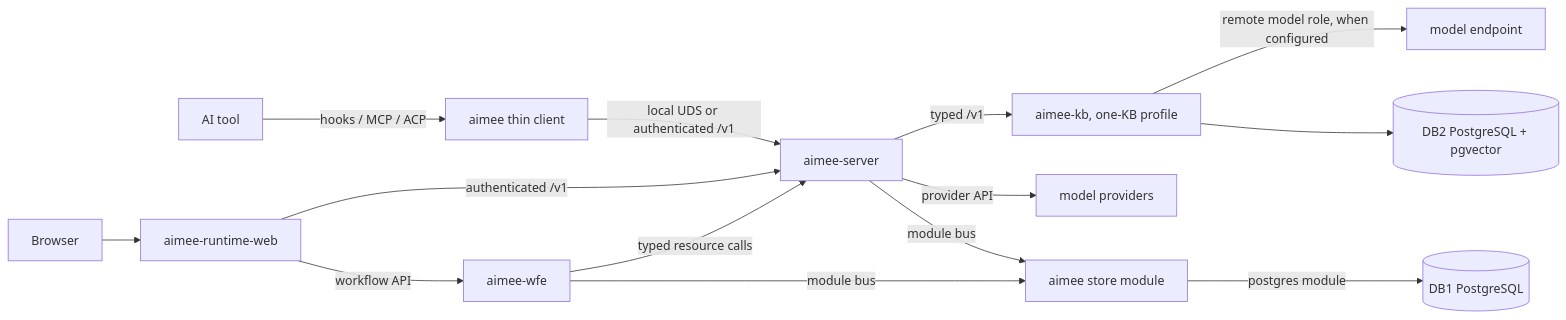
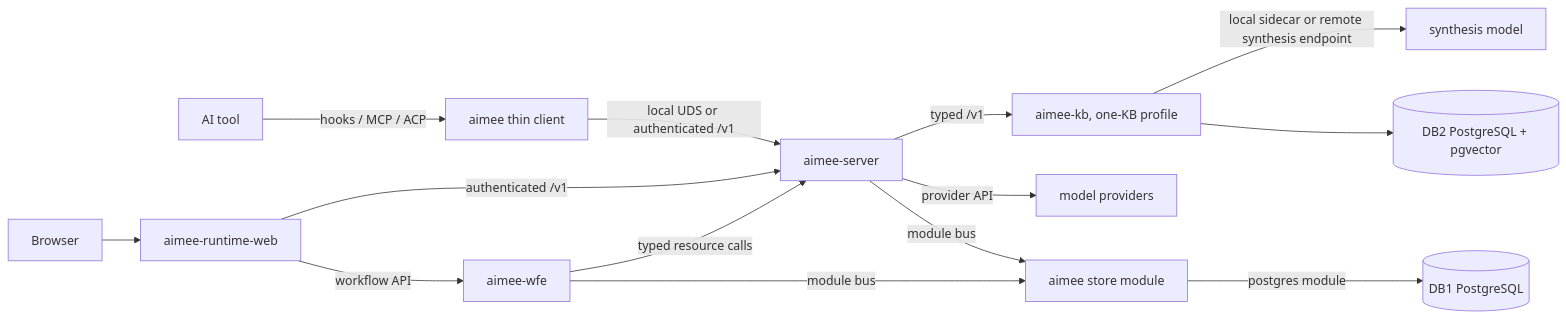
The first of 2 diagrams in docs/ARCHITECTURE.md (RakuenSoftware/aimee), drawn with Mermaid before and after one commit. The commit also changed other lines of this file and 34 other files, not shown here.

Commit message:
docs: align 0.4.0 guides with shipped architecture

````diff
--- a/docs/ARCHITECTURE.md
+++ b/docs/ARCHITECTURE.md
@@ -9,16 +9,16 @@
 ```mermaid
 flowchart LR
     T[AI tool] -->|hooks / MCP / ACP| C[aimee thin client]
     B[Browser] --> W[aimee-runtime-web]
     C -->|local UDS or authenticated /v1| S[aimee-server]
     W -->|authenticated /v1| S
     W -->|workflow API| F[aimee-wfe]
     F -->|typed resource calls| S
     S -->|typed /v1| K[aimee-kb, one-KB profile]
     S -->|provider API| P[model providers]
-    K -->|remote model role, when configured| X[model endpoint]
+    K -->|local sidecar or remote synthesis endpoint| X[synthesis model]
     S -->|module bus| M[aimee store module]
     F -->|module bus| M
     M -->|postgres module| D1[(DB1 PostgreSQL)]
     K --> D2[(DB2 PostgreSQL + pgvector)]
 ```
````
